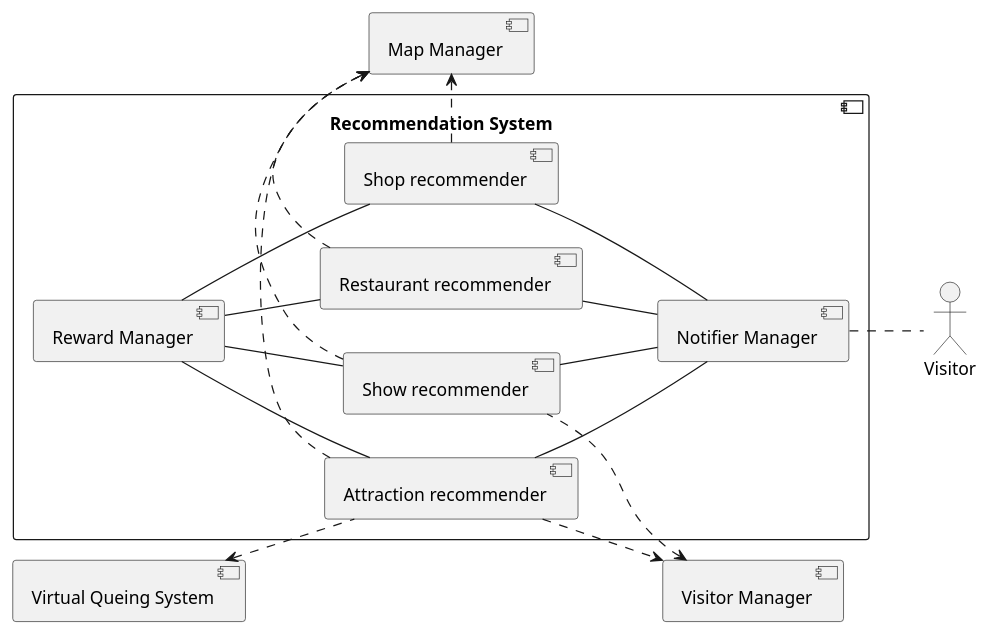
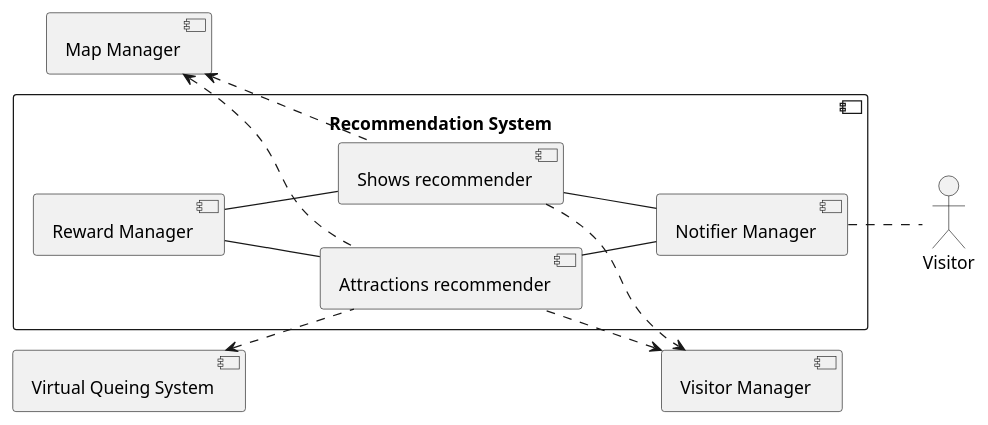
Before and after one commit to ICPS-MicroCity/amusement-park-analysis: the diagram in doc/res/recommender.puml, drawn with PlantUML. The commit also changed 2 other files, not shown here.

```diff
--- a/doc/res/recommender.puml
+++ b/doc/res/recommender.puml
@@ -1,43 +1,34 @@
 @startuml recommender
 left to right direction
 
 component "Map Manager" as map_manager
 component "Virtual Queing System" as virtual_queing
 component "Visitor Manager" as visitor_manager
 
 component "Recommendation System" {
     left to right direction
     component "Notifier Manager" as notifier_manager
-    component "Shop recommender" as shop_recommender
-    component "Attraction recommender" as attraction_recommender
-    component "Show recommender" as show_recommender
-    component "Restaurant recommender" as restaurant_recommender
+    component "Attractions recommender" as attractions_recommender
+    component "Shows recommender" as shows_recommender
     component "Reward Manager" as reward_manager
 }
 
 actor "Visitor" as visitor
 
-attraction_recommender .up.> virtual_queing
+attractions_recommender .up.> virtual_queing
 
-visitor_manager <.up. attraction_recommender
-show_recommender .up.> visitor_manager
+visitor_manager <.down. attractions_recommender
+shows_recommender .down.> visitor_manager
 
-shop_recommender .right.> map_manager
-attraction_recommender .right.> map_manager
-show_recommender .right.> map_manager
-restaurant_recommender .right.> map_manager
+attractions_recommender .up.> map_manager
+shows_recommender .up.> map_manager
 
-reward_manager -- shop_recommender
-reward_manager -- attraction_recommender
-reward_manager -- show_recommender
-reward_manager -- restaurant_recommender
+reward_manager -- attractions_recommender
+reward_manager -- shows_recommender
 
-shop_recommender -- notifier_manager
-attraction_recommender -- notifier_manager
-show_recommender -- notifier_manager
-restaurant_recommender -- notifier_manager
-
+attractions_recommender -- notifier_manager
+shows_recommender -- notifier_manager
 
 notifier_manager .. visitor
 
 @enduml
```
